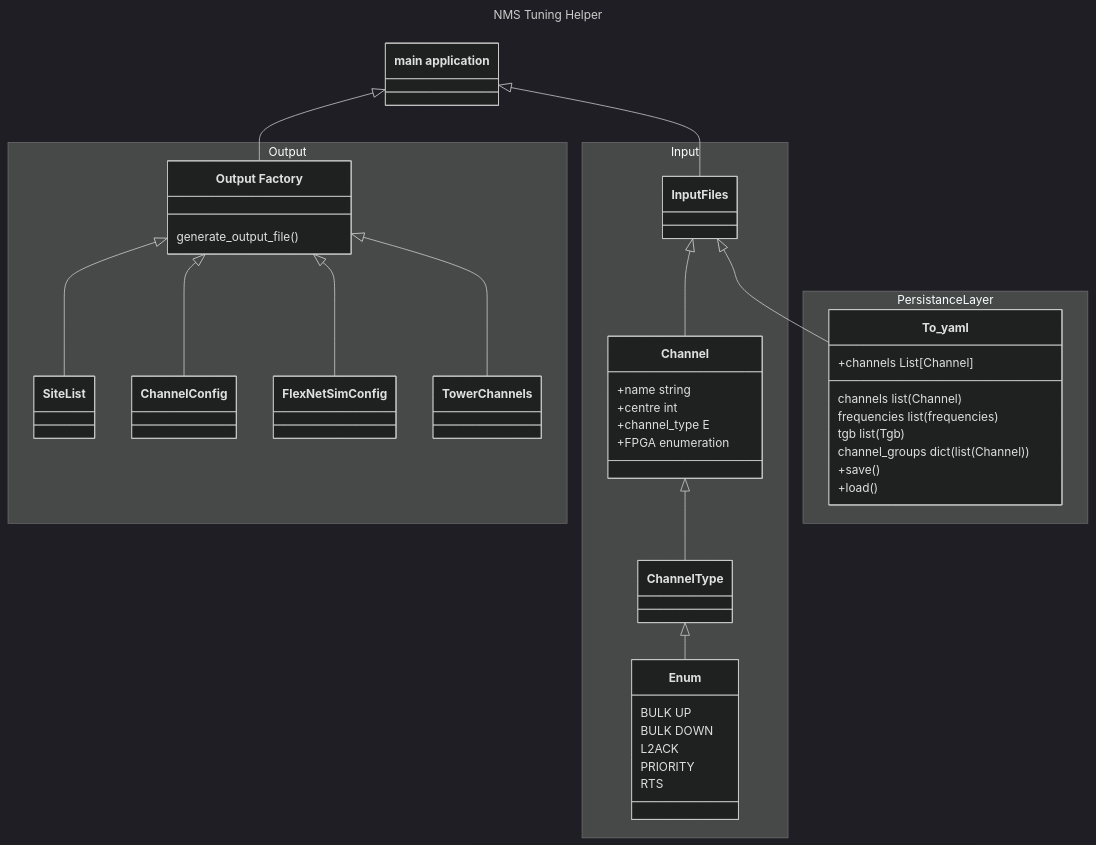
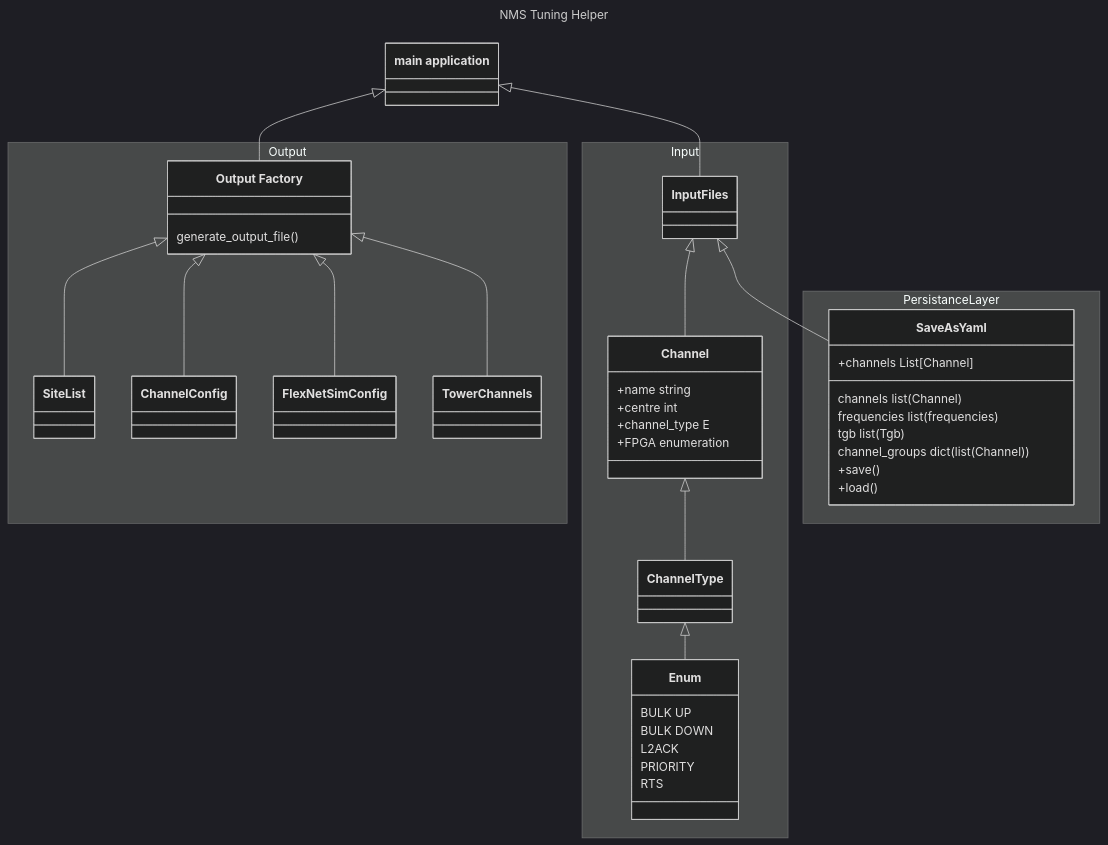
Before and after one commit to mutl3y/channels: the diagram in README.md, drawn with Mermaid (dark theme). The commit also changed 6 other files, not shown here.

````diff
--- a/README.md
+++ b/README.md
@@ -3,73 +3,73 @@
 ```mermaid
 ---
     title: NMS Tuning Helper
 ---
 classDiagram
     class APP["main application"]
     class OutputFactory["Output Factory"]
     
     APP <|-- OutputFactory
     OutputFactory <|-- SiteList
     OutputFactory <|-- ChannelConfig
     OutputFactory <|-- FlexNetSimConfig
     OutputFactory <|-- TowerChannels
 
     namespace Output{
         class OutputFactory{
             generate_output_file()
         }
         class SiteList{
         }
         class ChannelConfig{
         }
         class FlexNetSimConfig{
         }
         class TowerChannels{
         }
 
     }
     APP <|-- InputFiles
     Channel <|-- ChannelType
     ChannelType <|-- Enum 
-    InputFiles <|-- To_yaml
+    InputFiles <|-- SaveAsYaml
     InputFiles <|-- Channel
     namespace Input{
         class InputFiles{
         }
         class Enum{
         BULK UP 
         BULK DOWN 
         L2ACK
         PRIORITY 
         RTS
     }
-        class To_yaml{
+        class SaveAsYaml{
             +channels List[Channel]
         }
         class Channel{
             +name string
             +centre int
             +channel_type E
             +FPGA enumeration
             
         }
         class ChannelType{
         }
     }
 
     namespace PersistanceLayer {
-        class To_yaml {
+        class SaveAsYaml {
             channels list(Channel)
             frequencies list(frequencies)
             tgb list(Tgb)
             channel_groups dict(list(Channel))
             
             
             +save()
             +load()
 }
             
             
         
     }
 ```
````
